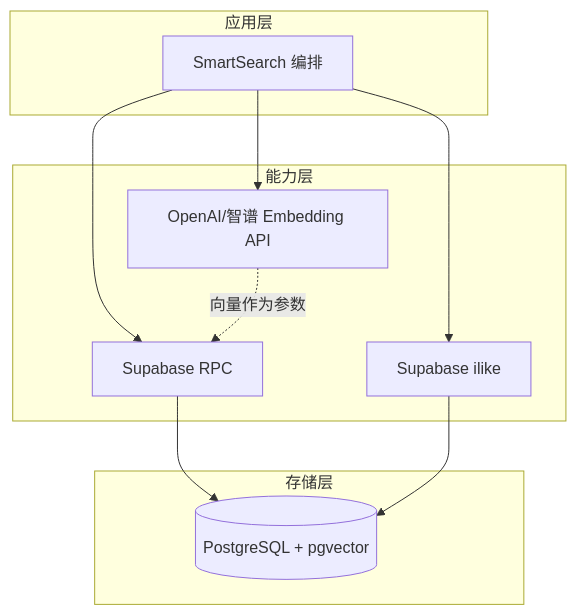
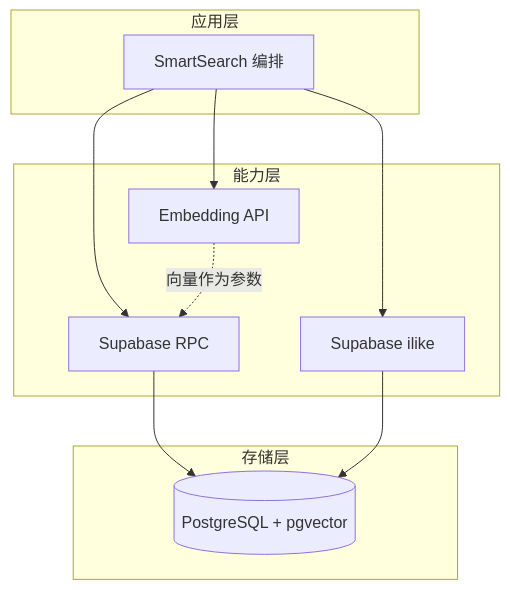
The fifth of 5 diagrams in packages/02-data-forge/README.md (exposir/ai-evolution-kit), drawn with Mermaid before and after one commit. The commit also changed other lines of this file and 9 other files, not shown here.

````diff
--- a/packages/02-data-forge/README.md
+++ b/packages/02-data-forge/README.md
@@ -133,23 +133,23 @@
 ```mermaid
 flowchart TB
     subgraph "应用层"
         SM[SmartSearch 编排]
     end
 
     subgraph "能力层"
-        EA[OpenAI/智谱 Embedding API]
+        EA[Embedding API]
         SR[Supabase RPC]
         SL[Supabase ilike]
     end
 
     subgraph "存储层"
         PG[(PostgreSQL + pgvector)]
     end
 
     SM --> EA
     SM --> SR
     SM --> SL
     EA -.->|向量作为参数| SR
     SR --> PG
     SL --> PG
 ```
````
